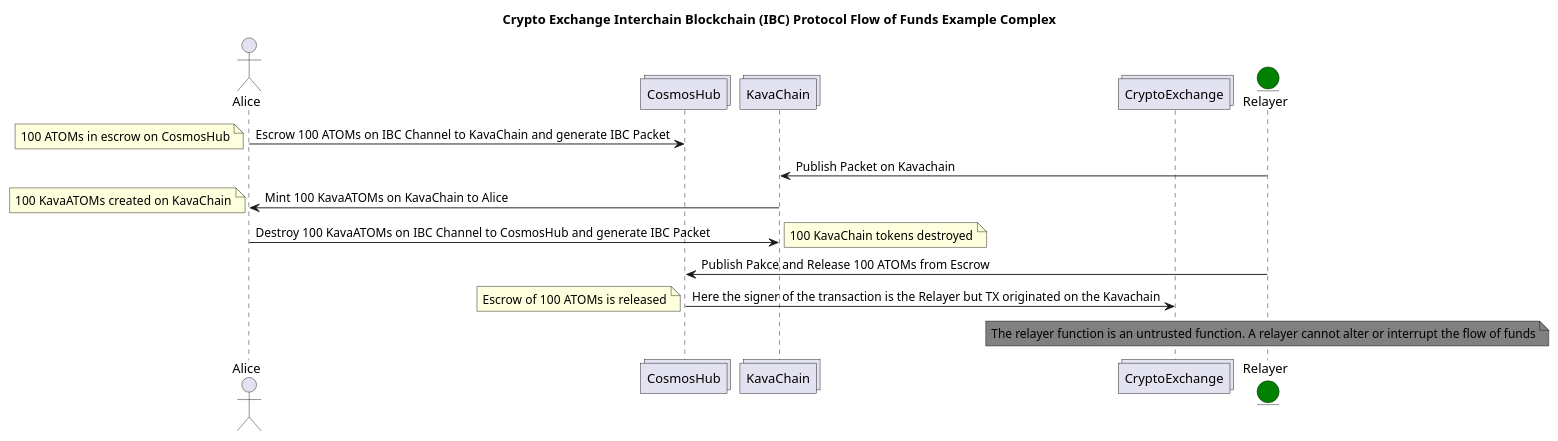
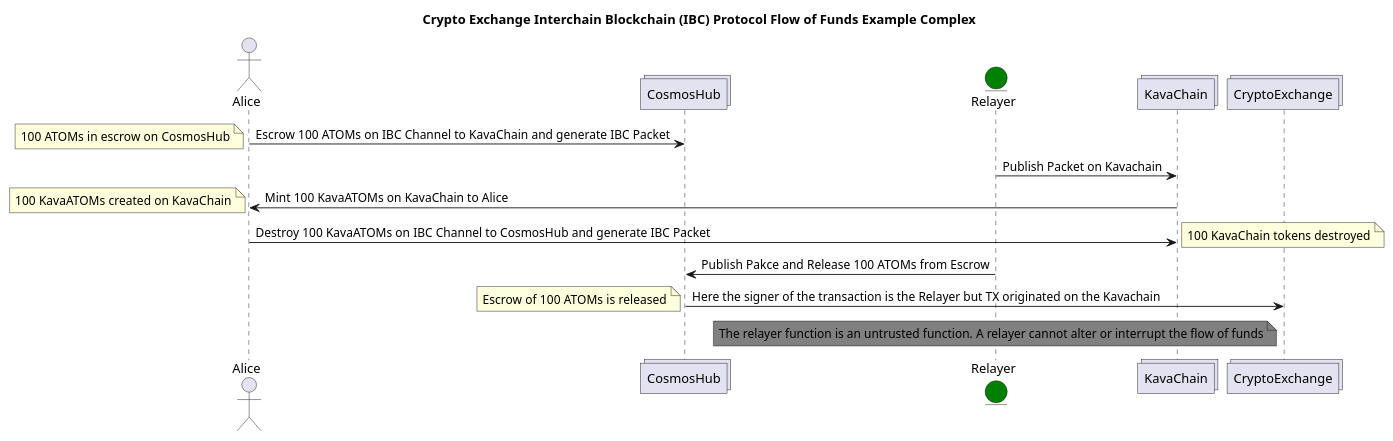
Before and after one commit to cosmos/stargate-launch: the diagram in exchange_ibc_flow_more_complex_level_0.puml, drawn with PlantUML. The commit also changed other lines of this file, not shown here.

Commit message:
Update the complex flow

```diff
--- a/exchange_ibc_flow_more_complex_level_0.puml
+++ b/exchange_ibc_flow_more_complex_level_0.puml
@@ -1,21 +1,21 @@
 @startuml
 title Crypto Exchange Interchain Blockchain (IBC) Protocol Flow of Funds Example Complex
 actor   Alice
 Collections CosmosHub
+entity Relayer #Green
 Collections KavaChain
 Collections CryptoExchange
-entity Relayer #Green
 
 Alice -> CosmosHub : Escrow 100 ATOMs on IBC Channel to KavaChain and generate IBC Packet
 note left: 100 ATOMs in escrow on CosmosHub
 Relayer -> KavaChain : Publish Packet on Kavachain
 KavaChain -> Alice : Mint 100 KavaATOMs on KavaChain to Alice
 note left: 100 KavaATOMs created on KavaChain
 Alice -> KavaChain : Destroy 100 KavaATOMs on IBC Channel to CosmosHub and generate IBC Packet
 note right: 100 KavaChain tokens destroyed
 Relayer -> CosmosHub: Publish Pakce and Release 100 ATOMs from Escrow
 CosmosHub -> CryptoExchange: Here the signer of the transaction is the Relayer but TX originated on the Kavachain
 note left: Escrow of 100 ATOMs is released
 note over Relayer #grey: The relayer function is an untrusted function. A relayer cannot alter or interrupt the flow of funds
 
 @enduml
```
